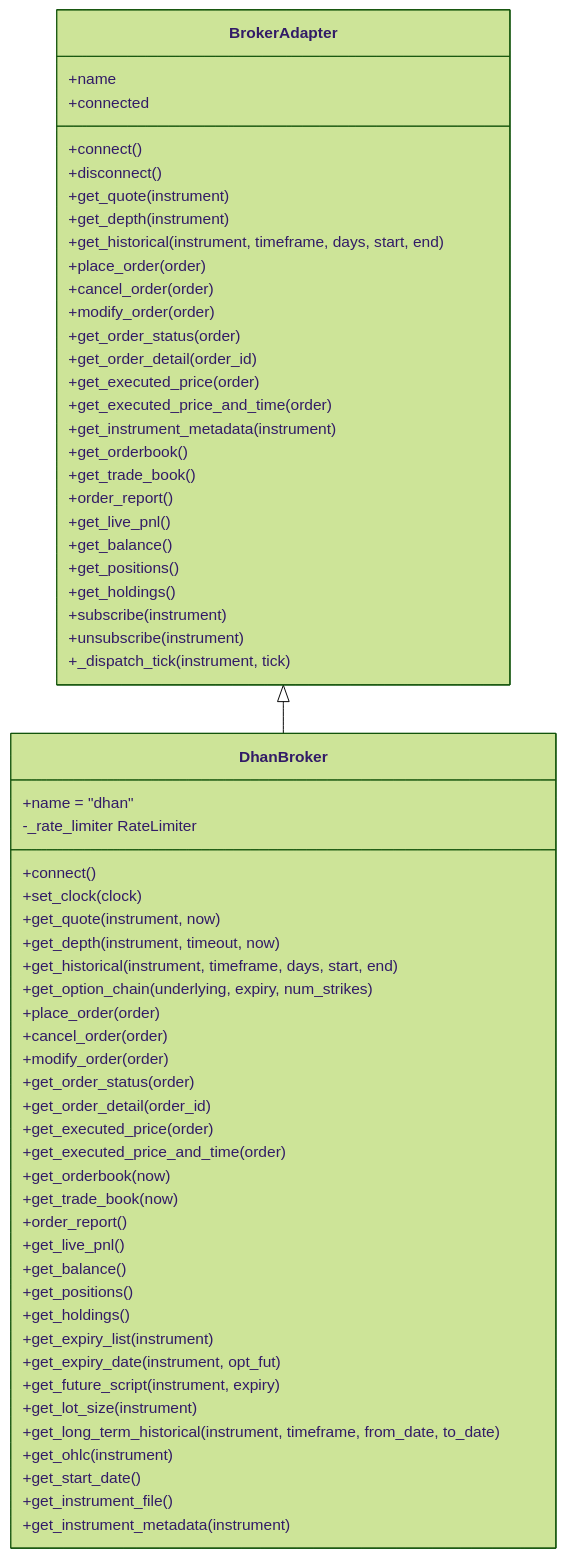
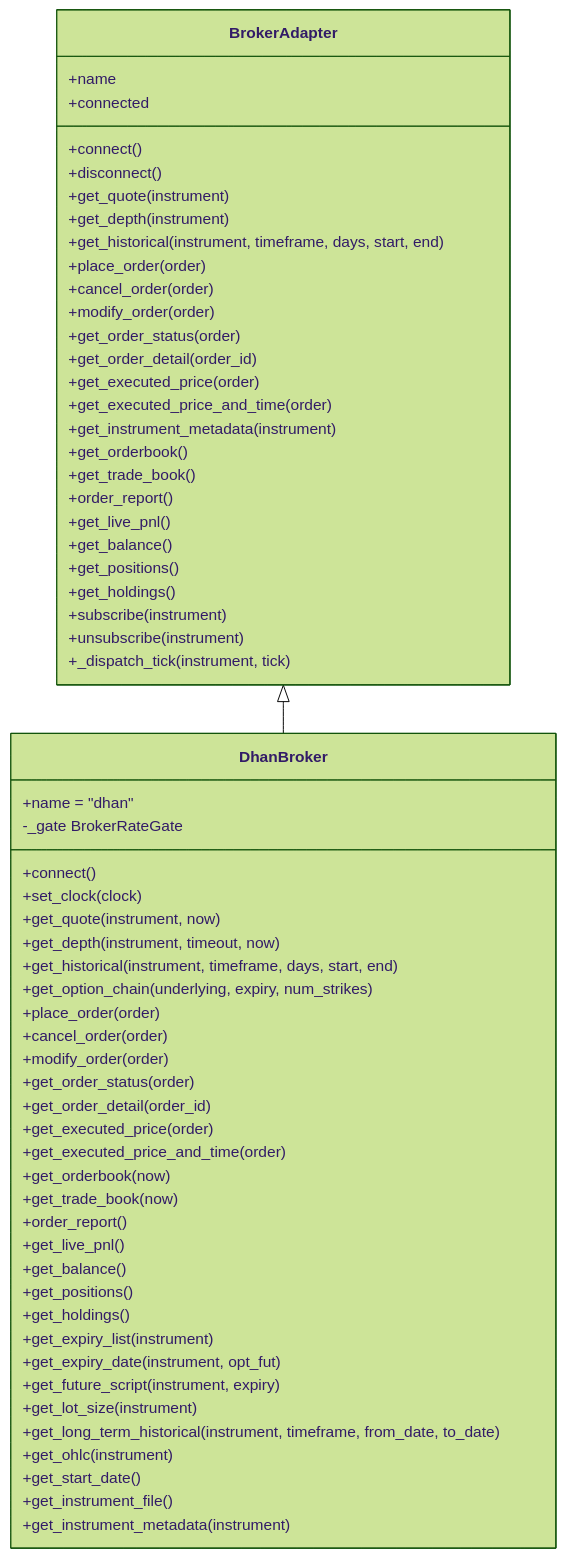
Before and after one commit to Ganesh-Kusundal/nTrade: the third of 12 diagrams in .qoder/repowiki/en/content/Broker Integration/Transport Layer & Connectivity.md, drawn with Mermaid (forest theme). The commit also changed other lines of this file and 203 other files, not shown here.

First line of the commit message:
review findings sweep: depth retry, LTP failure guard, stale-refresh fix, rate-gate blocked heuristic

````diff
--- a/.qoder/repowiki/en/content/Broker Integration/Transport Layer & Connectivity.md
+++ b/.qoder/repowiki/en/content/Broker Integration/Transport Layer & Connectivity.md
@@ -210,64 +216,64 @@
 ```mermaid
 classDiagram
 class BrokerAdapter {
 +name
 +connect()
 +disconnect()
 +connected
 +get_quote(instrument)
 +get_depth(instrument)
 +get_historical(instrument, timeframe, days, start, end)
 +place_order(order)
 +cancel_order(order)
 +modify_order(order)
 +get_order_status(order)
 +get_order_detail(order_id)
 +get_executed_price(order)
 +get_executed_price_and_time(order)
 +get_instrument_metadata(instrument)
 +get_orderbook()
 +get_trade_book()
 +order_report()
 +get_live_pnl()
 +get_balance()
 +get_positions()
 +get_holdings()
 +subscribe(instrument)
 +unsubscribe(instrument)
 +_dispatch_tick(instrument, tick)
 }
 class DhanBroker {
 +name = "dhan"
 +connect()
 +set_clock(clock)
 +get_quote(instrument, now)
 +get_depth(instrument, timeout, now)
 +get_historical(instrument, timeframe, days, start, end)
 +get_option_chain(underlying, expiry, num_strikes)
 +place_order(order)
 +cancel_order(order)
 +modify_order(order)
 +get_order_status(order)
 +get_order_detail(order_id)
 +get_executed_price(order)
 +get_executed_price_and_time(order)
 +get_orderbook(now)
 +get_trade_book(now)
 +order_report()
 +get_live_pnl()
 +get_balance()
 +get_positions()
 +get_holdings()
 +get_expiry_list(instrument)
 +get_expiry_date(instrument, opt_fut)
 +get_future_script(instrument, expiry)
 +get_lot_size(instrument)
 +get_long_term_historical(instrument, timeframe, from_date, to_date)
 +get_ohlc(instrument)
 +get_start_date()
 +get_instrument_file()
 +get_instrument_metadata(instrument)
--_rate_limiter RateLimiter
+-_gate BrokerRateGate
 }
 BrokerAdapter <|-- DhanBroker
 ```
````
